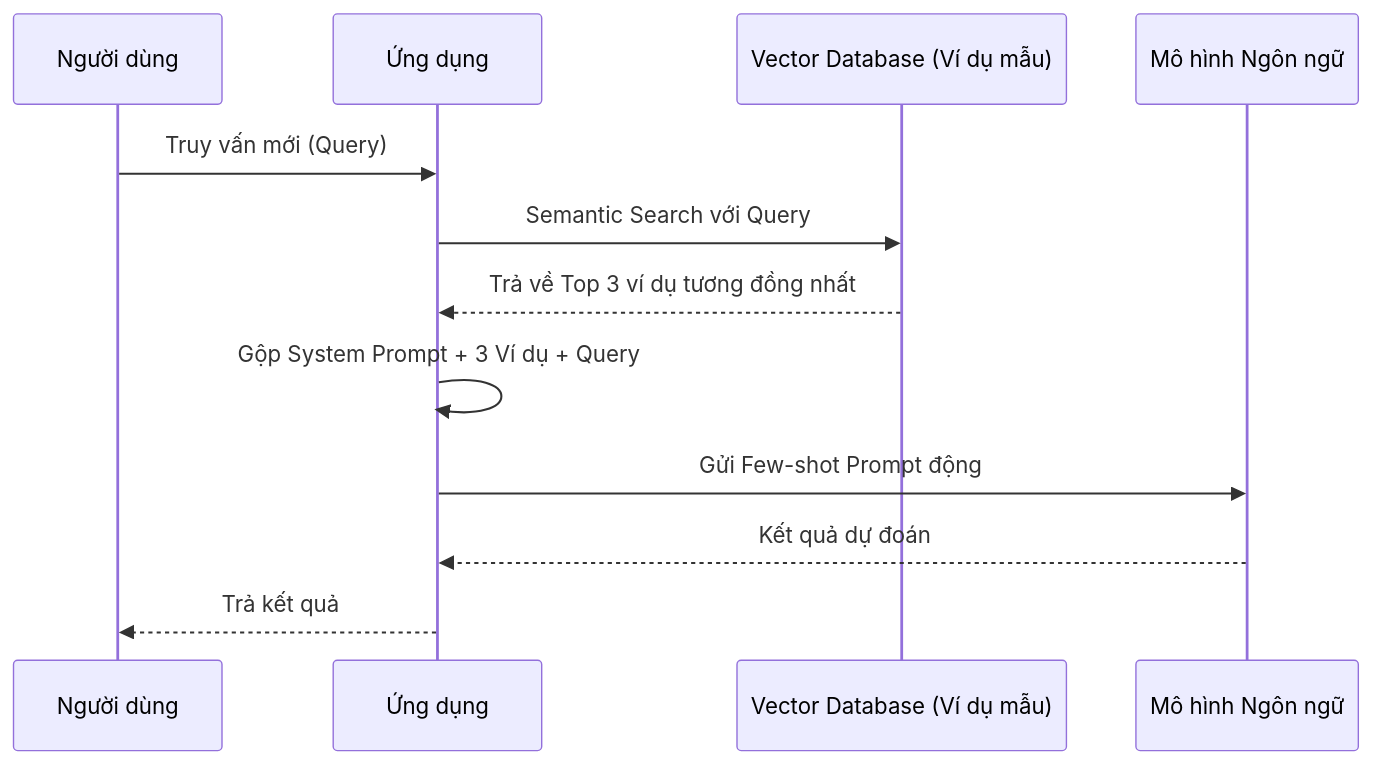
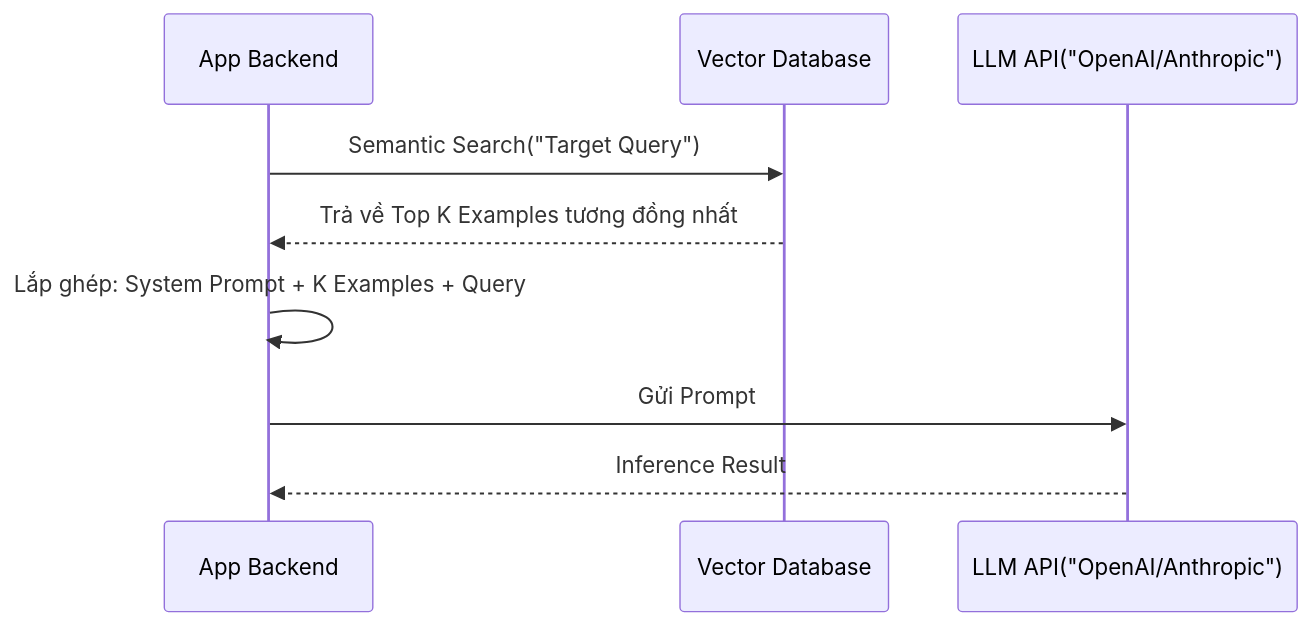
Before and after one commit to kythuatdulieu/kythuatdulieu.github.io: the second of 2 diagrams in src/content/docs/concepts/9-genai-machine-learning/few-shot.md, drawn with Mermaid. The commit also changed other lines of this file and 190 other files, not shown here.

Commit message:
fix: resolve mermaid syntax, math rendering, and metadata issues from content rewrite

````diff
--- a/src/content/docs/concepts/9-genai-machine-learning/few-shot.md
+++ b/src/content/docs/concepts/9-genai-machine-learning/few-shot.md
@@ -196,15 +53,12 @@
 ```mermaid
 sequenceDiagram
-    participant User as Người dùng
-    participant App as Ứng dụng
-    participant VectorDB as Vector Database (Ví dụ mẫu)
-    participant LLM as Mô hình Ngôn ngữ
-
-    User->>App: Truy vấn mới (Query)
-    App->>VectorDB: Semantic Search với Query
-    VectorDB-->>App: Trả về Top 3 ví dụ tương đồng nhất
-    App->>App: Gộp System Prompt + 3 Ví dụ + Query
-    App->>LLM: Gửi Few-shot Prompt động
-    LLM-->>App: Kết quả dự đoán
-    App-->>User: Trả kết quả
+    participant App as App Backend
+    participant VDB as Vector Database
+    participant LLM as LLM API("OpenAI/Anthropic")
+    
+    App->>VDB: Semantic Search("Target Query")
+    VDB-->>App: Trả về Top K Examples tương đồng nhất
+    App->>App: Lắp ghép: System Prompt + K Examples + Query
+    App->>LLM: Gửi Prompt
+    LLM-->>App: Inference Result
 ```
````
